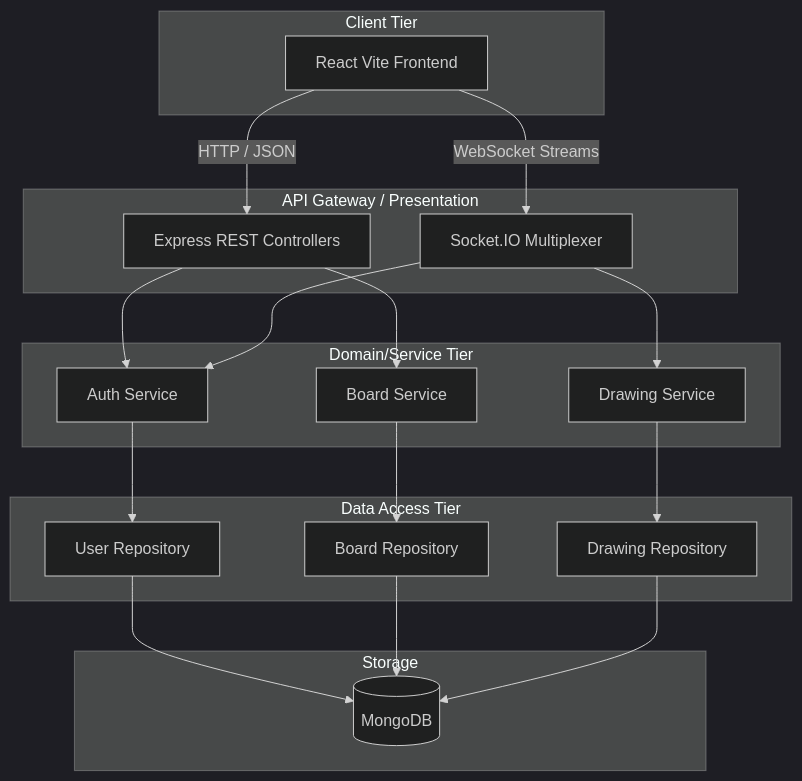
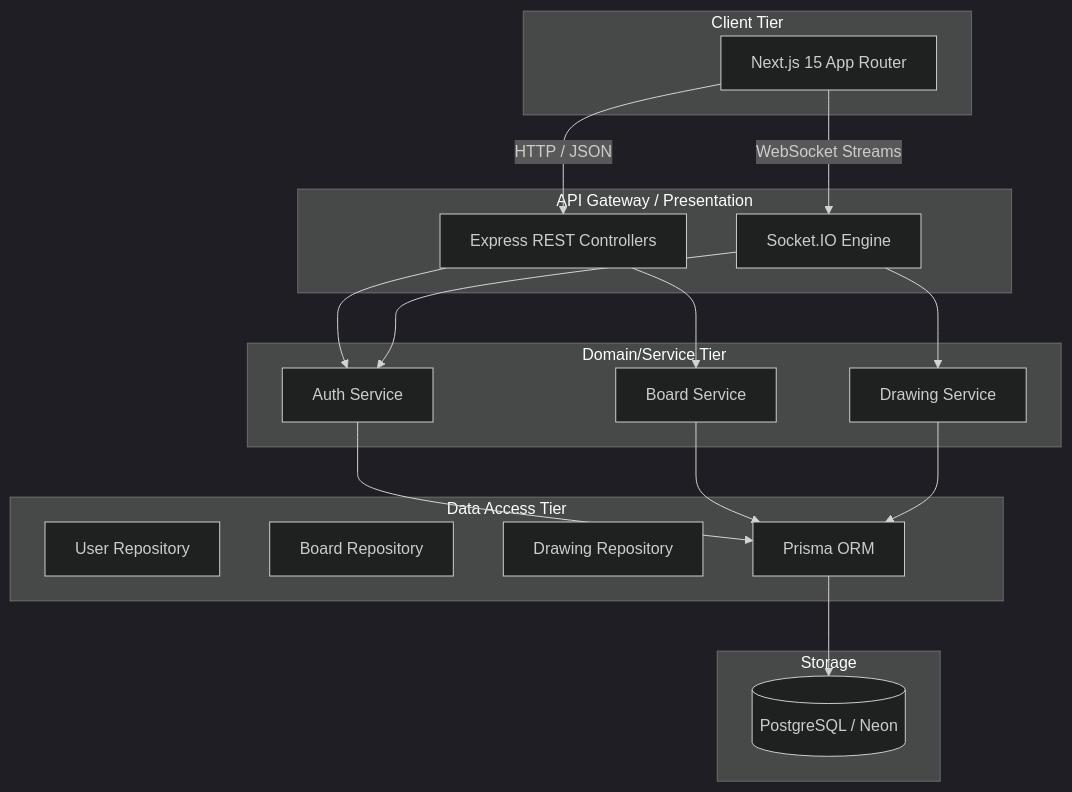
Before and after one commit to Divyapahuja31/SESD_Project: the diagram in README.md, drawn with Mermaid (dark theme). The commit also changed other lines of this file and 5 other files, not shown here.

Commit message:
docs: complete synchronization of all technical diagrams with PostgreSQL Snapshot architecture

````diff
--- a/README.md
+++ b/README.md
@@ -11,39 +11,40 @@
 ```mermaid
 flowchart TD
     subgraph Client Tier
-        FE[React Vite Frontend]
+        FE[Next.js 15 App Router]
     end
 
     subgraph API Gateway / Presentation
         REST[Express REST Controllers]
-        WS[Socket.IO Multiplexer]
+        WS[Socket.IO Engine]
     end
 
     subgraph Domain/Service Tier
         AS[Auth Service]
         BS[Board Service]
         DS[Drawing Service]
     end
 
     subgraph Data Access Tier
         UR[User Repository]
         BR[Board Repository]
         DR[Drawing Repository]
+        PR[Prisma ORM]
     end
 
     subgraph Storage
-        DB[(MongoDB)]
+        DB[(PostgreSQL / Neon)]
     end
 
     FE -- "HTTP / JSON" --> REST
     FE -- "WebSocket Streams" --> WS
     
     REST --> AS & BS
     WS --> DS & AS
     
-    AS --> UR
-    BS --> BR
-    DS --> DR
+    AS --> PR
+    BS --> PR
+    DS --> PR
     
-    UR & BR & DR --> DB
+    PR --> DB
 ```
````
